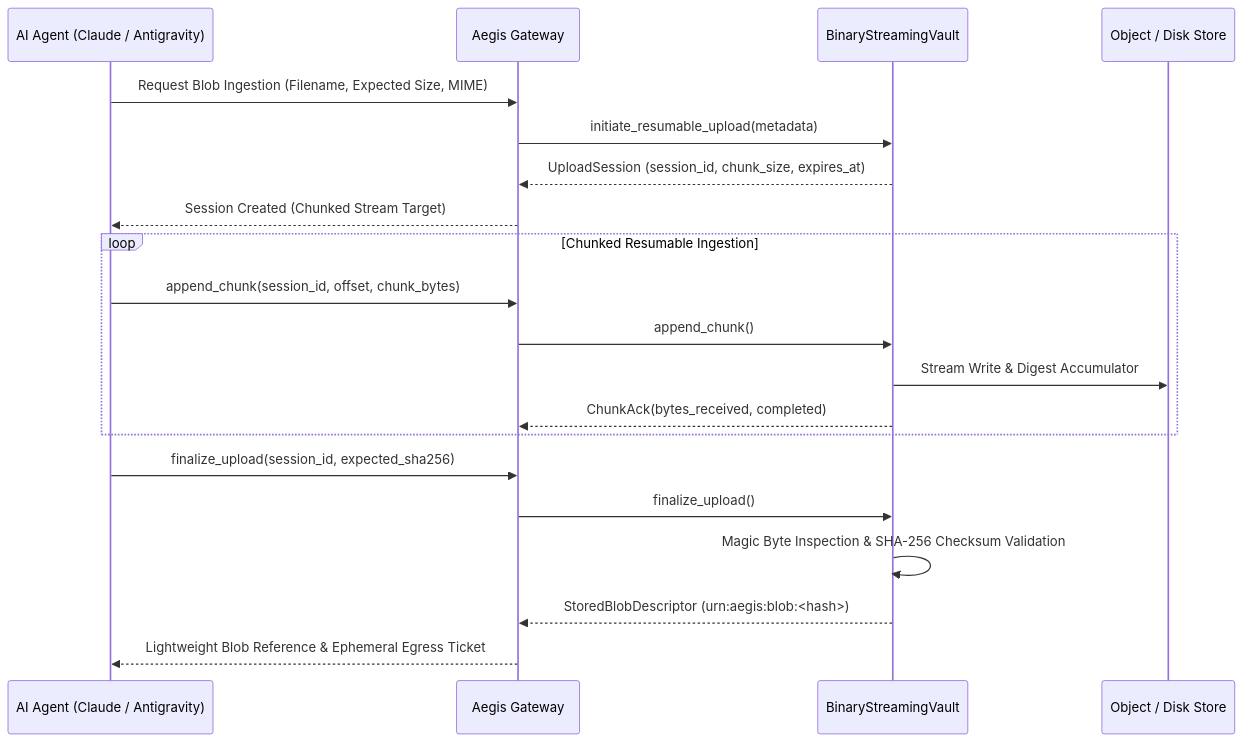
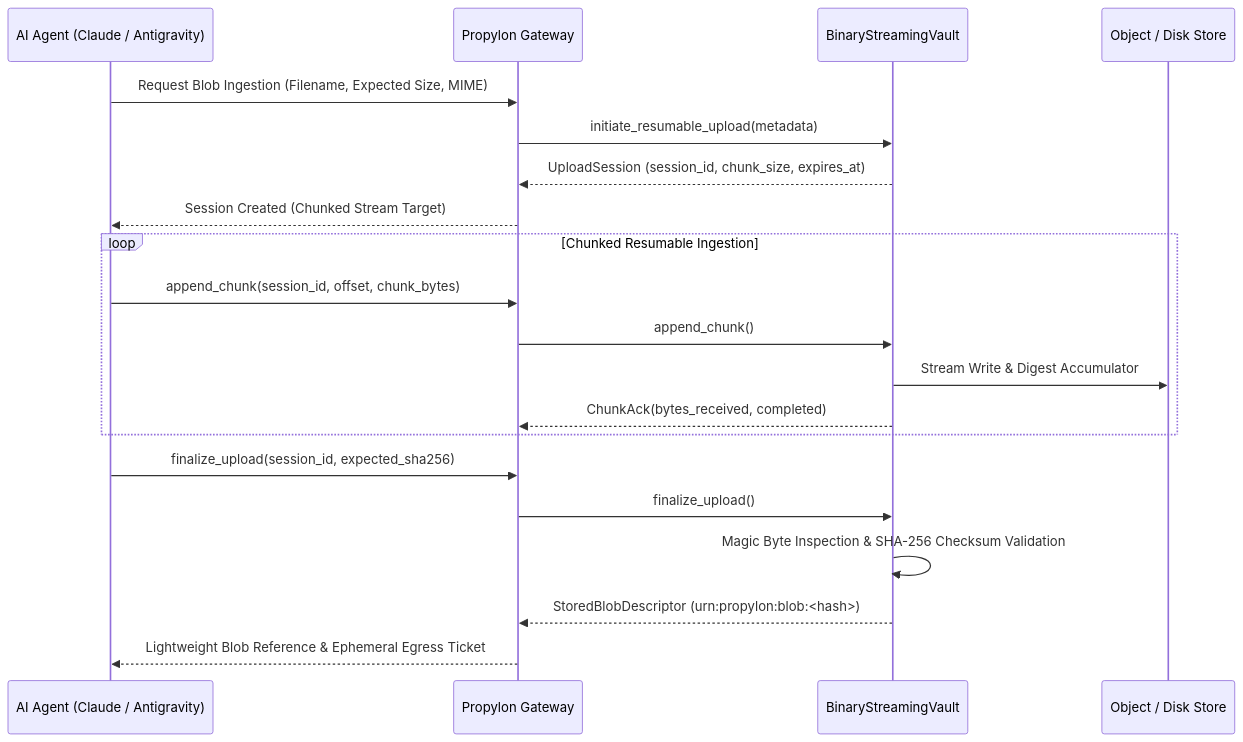
One commit to ihkaru/aegis-gateway changed the diagram in docs/roadmap/24_PHASE_24_MULTI_MODAL_STREAMING_AND_CHUNKED_BINARY_VAULT.md. Above: the diagram before and after it, drawn with Mermaid. The commit also changed other lines of this file and 253 other files, not shown here.

Commit message:
chore(rebrand): rename project from aegis to propylon across entire codebase

````diff
--- a/docs/roadmap/24_PHASE_24_MULTI_MODAL_STREAMING_AND_CHUNKED_BINARY_VAULT.md
+++ b/docs/roadmap/24_PHASE_24_MULTI_MODAL_STREAMING_AND_CHUNKED_BINARY_VAULT.md
@@ -23,25 +23,25 @@
 ```mermaid
 sequenceDiagram
     participant Agent as AI Agent (Claude / Antigravity)
-    participant GW as Aegis Gateway
+    participant GW as Propylon Gateway
     participant Vault as BinaryStreamingVault
     participant Storage as Object / Disk Store
 
     Agent->>GW: Request Blob Ingestion (Filename, Expected Size, MIME)
     GW->>Vault: initiate_resumable_upload(metadata)
     Vault-->>GW: UploadSession (session_id, chunk_size, expires_at)
     GW-->>Agent: Session Created (Chunked Stream Target)
 
     loop Chunked Resumable Ingestion
         Agent->>GW: append_chunk(session_id, offset, chunk_bytes)
         GW->>Vault: append_chunk()
         Vault->>Storage: Stream Write & Digest Accumulator
         Vault-->>GW: ChunkAck(bytes_received, completed)
     end
 
     Agent->>GW: finalize_upload(session_id, expected_sha256)
     GW->>Vault: finalize_upload()
     Vault->>Vault: Magic Byte Inspection & SHA-256 Checksum Validation
-    Vault-->>GW: StoredBlobDescriptor (urn:aegis:blob:<hash>)
+    Vault-->>GW: StoredBlobDescriptor (urn:propylon:blob:<hash>)
     GW-->>Agent: Lightweight Blob Reference & Ephemeral Egress Ticket
 ```
````
